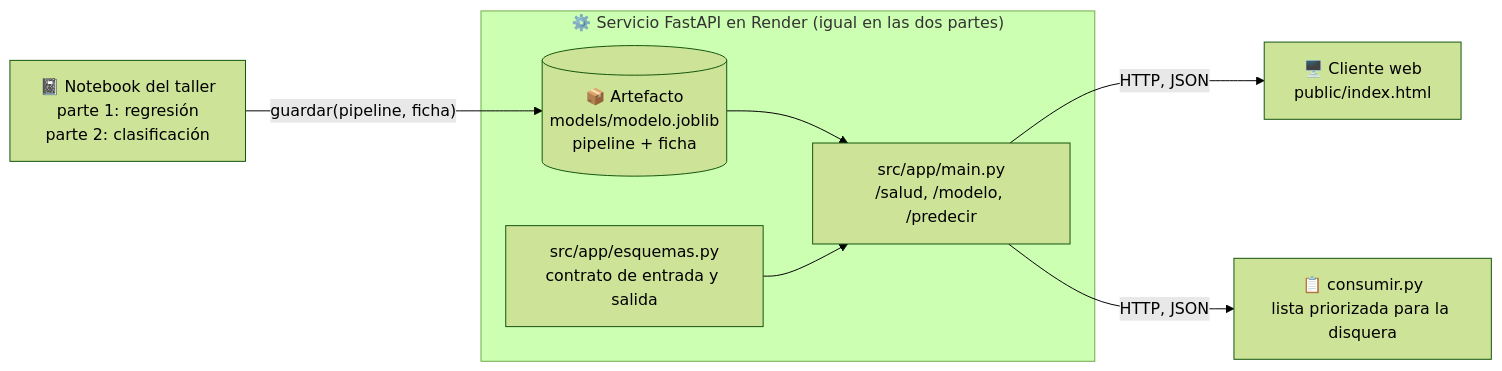
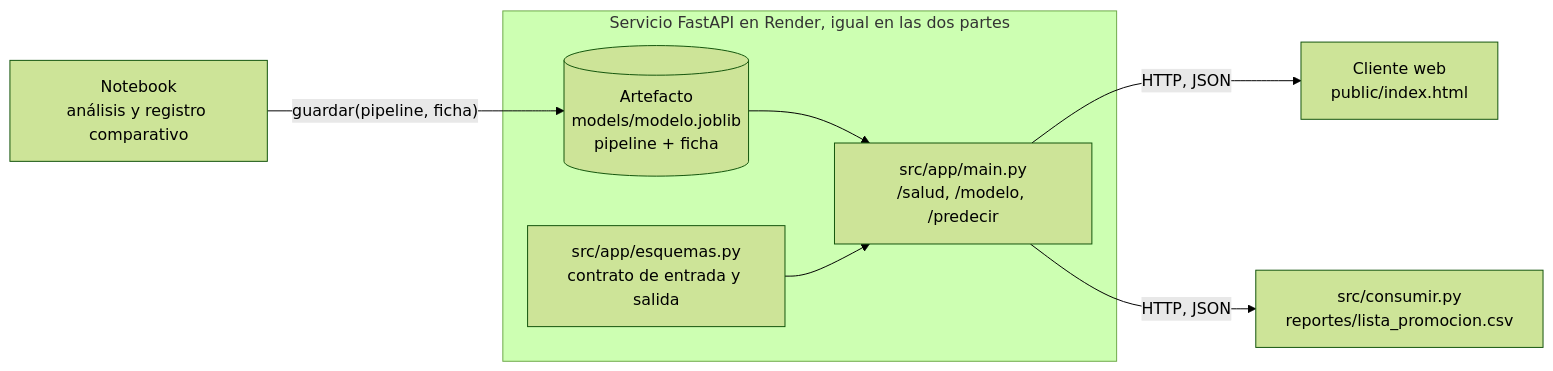
The diagram in README.md (ebuitrago/demo-reg-clas-canciones), drawn with Mermaid (forest theme) before and after one commit. The commit also changed other lines of this file and 28 other files, not shown here.

````diff
--- a/README.md
+++ b/README.md
@@ -48,10 +59,10 @@
 ```mermaid
 flowchart LR
-    N["📓 Notebook del taller<br/>parte 1: regresión<br/>parte 2: clasificación"] -- "guardar(pipeline, ficha)" --> A
-    subgraph S["⚙️ Servicio FastAPI en Render (igual en las dos partes)"]
-        A[("📦 Artefacto<br/>models/modelo.joblib<br/>pipeline + ficha")] --> M["src/app/main.py<br/>/salud, /modelo, /predecir"]
+    N["Notebook<br/>análisis y registro comparativo"] -- "guardar(pipeline, ficha)" --> A
+    subgraph S["Servicio FastAPI en Render, igual en las dos partes"]
+        A[("Artefacto<br/>models/modelo.joblib<br/>pipeline + ficha")] --> M["src/app/main.py<br/>/salud, /modelo, /predecir"]
         E["src/app/esquemas.py<br/>contrato de entrada y salida"] --> M
     end
-    M -- "HTTP, JSON" --> C["🖥️ Cliente web<br/>public/index.html"]
-    M -- "HTTP, JSON" --> L["📋 consumir.py<br/>lista priorizada para la disquera"]
+    M -- "HTTP, JSON" --> C["Cliente web<br/>public/index.html"]
+    M -- "HTTP, JSON" --> L["src/consumir.py<br/>reportes/lista_promocion.csv"]
 ```
````
